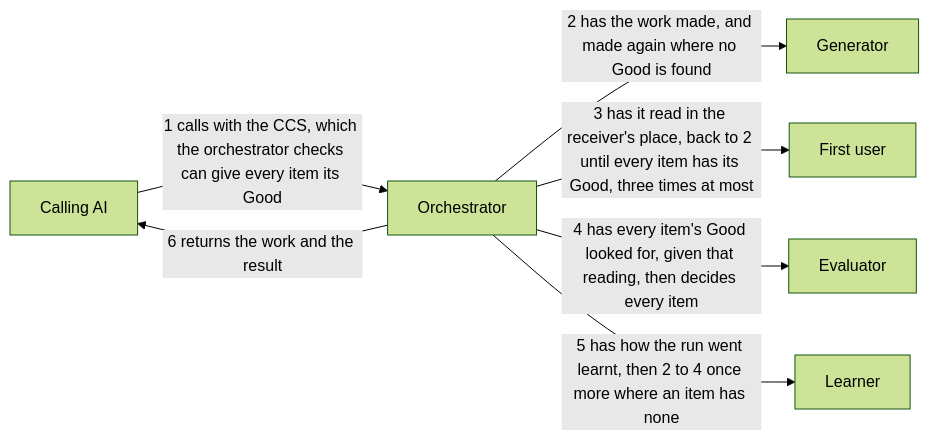
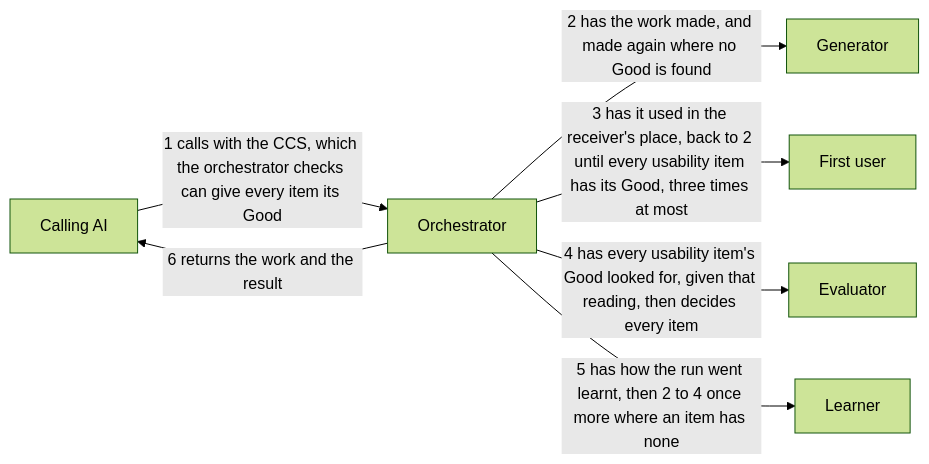
Before and after one commit to lovaizu/ccpm: the diagram in dev/turn/design.md, drawn with Mermaid (forest theme). The commit also changed other lines of this file and 2 other files, not shown here.

First line of the commit message:
turn's design: each checklist marked usability or accuracy, the first user given usability alone with everything the receiver has and does, and the hold step gone

````diff
--- a/dev/turn/design.md
+++ b/dev/turn/design.md
@@ -22,15 +22,15 @@
 ```mermaid
 flowchart LR
   caller["Calling AI"]
   orch["Orchestrator"]
   gen["Generator"]
   fu["First user"]
   ev["Evaluator"]
   le["Learner"]
   caller -->|1 calls with the CCS, which the orchestrator checks can give every item its Good| orch
   orch -->|2 has the work made, and made again where no Good is found| gen
-  orch -->|3 has it read in the receiver's place, back to 2 until every item has its Good, three times at most| fu
-  orch -->|4 has every item's Good looked for, given that reading, then decides every item| ev
+  orch -->|3 has it used in the receiver's place, back to 2 until every usability item has its Good, three times at most| fu
+  orch -->|4 has every usability item's Good looked for, given that reading, then decides every item| ev
   orch -->|5 has how the run went learnt, then 2 to 4 once more where an item has none| le
   orch -->|6 returns the work and the result| caller
 ```
````
